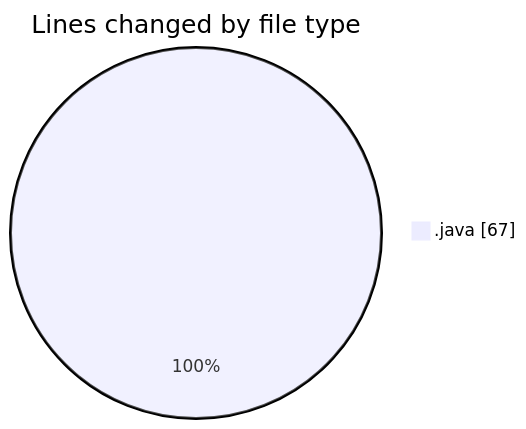
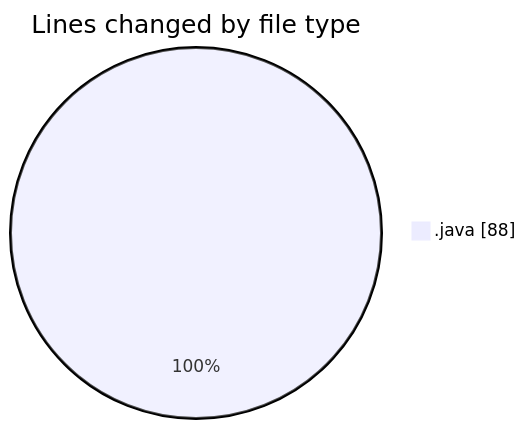
Before and after one commit to NitaiMahat/code-tracking: the first of 2 diagrams in 2025-02-27/coding_prac_8/README.md, drawn with Mermaid. The commit also changed other lines of this file and 1 other file, not shown here.

````diff
--- a/2025-02-27/coding_prac_8/README.md
+++ b/2025-02-27/coding_prac_8/README.md
@@ -22,5 +23,5 @@
 ```mermaid
 pie showData
 title Lines changed by file type
-".java" : 67
+".java" : 88
 ```
````
